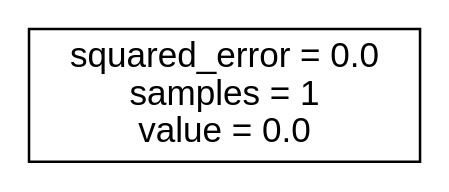
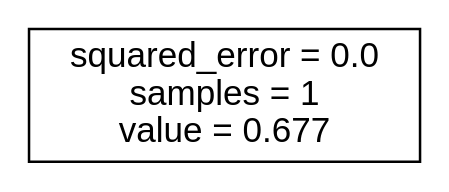
Before and after one commit to J-Gann/FML: the diagram in bomberman_rl/agent_code/my_agent/trees/BOMB.dot, drawn with Graphviz. The commit also changed 10 other files, not shown here.

```diff
--- a/bomberman_rl/agent_code/my_agent/trees/BOMB.dot
+++ b/bomberman_rl/agent_code/my_agent/trees/BOMB.dot
@@ -1,5 +1,5 @@
 digraph Tree {
 node [shape=box, fontname="helvetica"] ;
 edge [fontname="helvetica"] ;
-0 [label="squared_error = 0.0\nsamples = 1\nvalue = 0.0"] ;
+0 [label="squared_error = 0.0\nsamples = 1\nvalue = 0.677"] ;
 }
```
